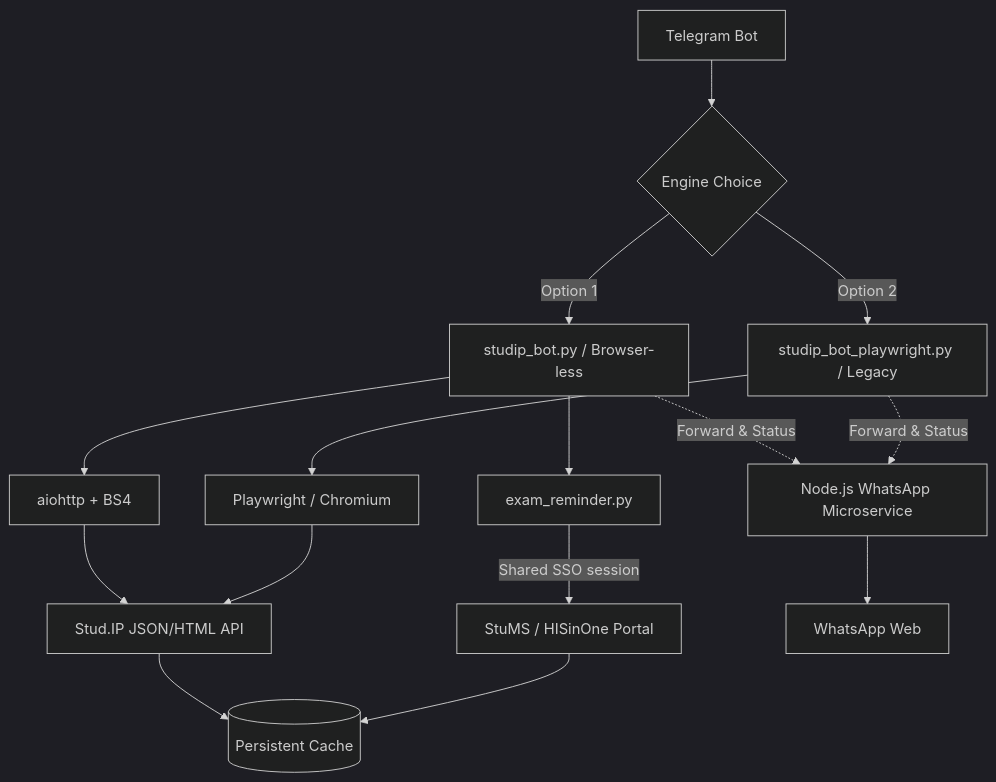
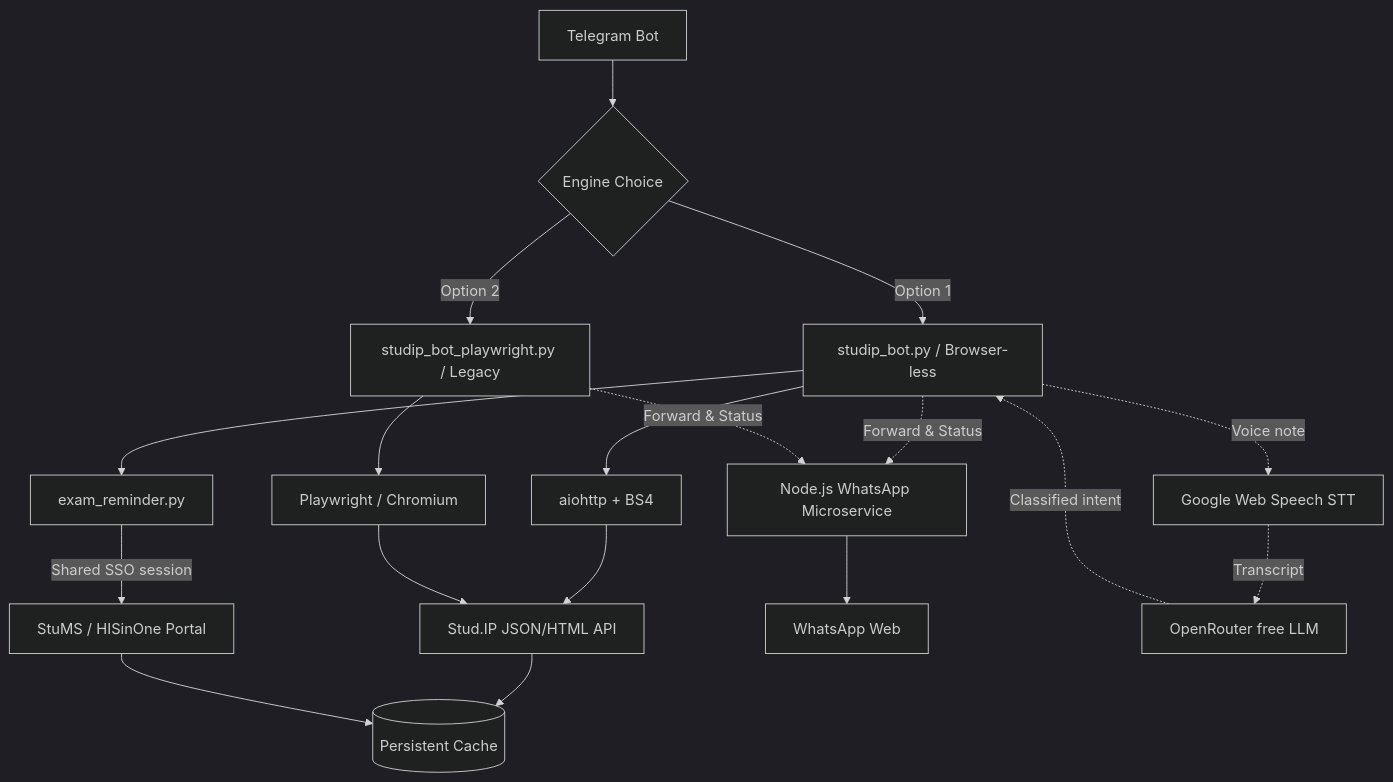
Before and after one commit to ofurkancoban/UniOldenburgStudyAssistantBot: the diagram in README.md, drawn with Mermaid. The commit also changed other lines of this file and 2 other files, not shown here.

First line of the commit message:
feat: add exam-relative reminder tasks by voice, switch OpenRouter model, update README

````diff
--- a/README.md
+++ b/README.md
@@ -166,18 +193,21 @@
 ```mermaid
 %%{init: {'theme': 'dark'}}%%
 graph TD
     A[Telegram Bot] --> B{Engine Choice}
     B -->|Option 1| C[studip_bot.py / Browser-less]
     B -->|Option 2| D[studip_bot_playwright.py / Legacy]
     C --> E[aiohttp + BS4]
     D --> F[Playwright / Chromium]
     E --> G[Stud.IP JSON/HTML API]
     F --> G
     G --> H[(Persistent Cache)]
     C --> K[exam_reminder.py]
     K -->|Shared SSO session| L[StuMS / HISinOne Portal]
     L --> H
     C -.->|Forward & Status| I[Node.js WhatsApp Microservice]
     D -.->|Forward & Status| I
     I --> J[WhatsApp Web]
+    C -.->|Voice note| M[Google Web Speech STT]
+    M -.->|Transcript| N[OpenRouter free LLM]
+    N -.->|Classified intent| C
 ```
````
